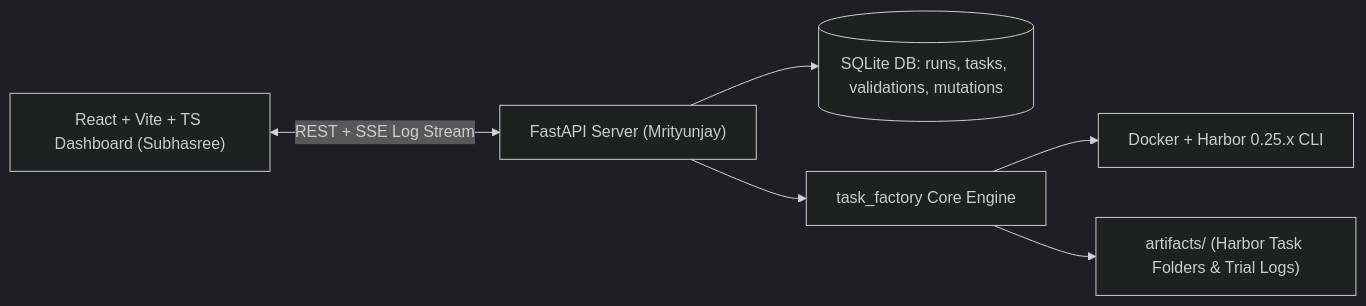
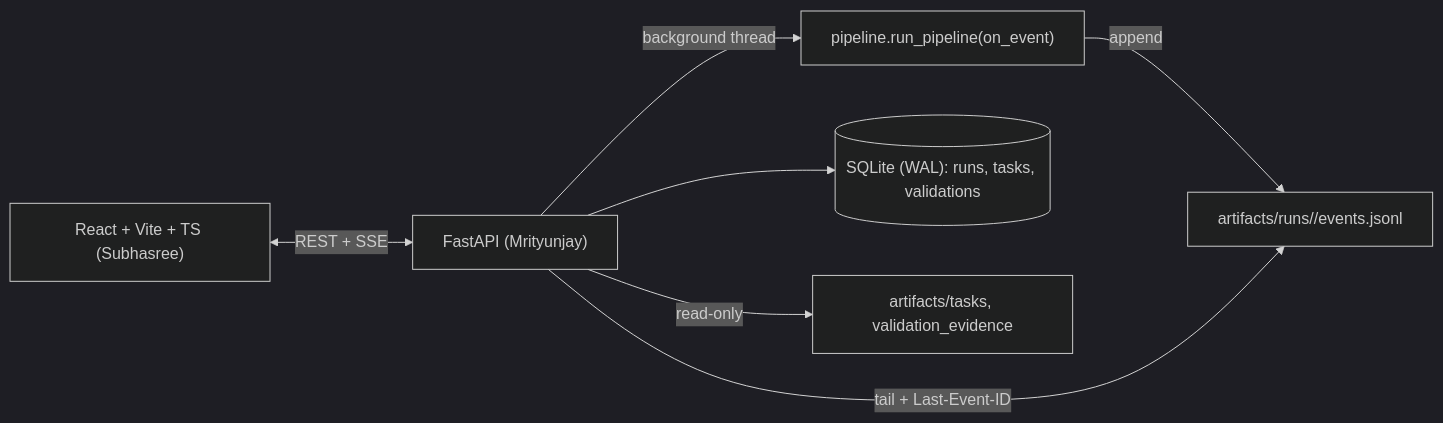
The fourth of 4 diagrams in docs/architecture.md (Abhishekkumar071/innodata-coding-task-factory), drawn with Mermaid (dark theme) before and after one commit. The commit also changed other lines of this file and 1 other file, not shown here.

First line of the commit message:
docs(arch): finalize v2 architecture, ADR-01..12 and Harbor 0.25.x contract

````diff
--- a/docs/architecture.md
+++ b/docs/architecture.md
@@ -87,8 +338,9 @@
 ```mermaid
 flowchart LR
-    UI["React + Vite + TS Dashboard (Subhasree)"] <-->|"REST + SSE Log Stream"| API["FastAPI Server (Mrityunjay)"]
-    API --> DB[("SQLite DB: runs, tasks, validations, mutations")]
-    API --> TF["task_factory Core Engine"]
-    TF --> Docker["Docker + Harbor 0.25.x CLI"]
-    TF --> FS["artifacts/ (Harbor Task Folders & Trial Logs)"]
+    UI["React + Vite + TS (Subhasree)"] <-->|"REST + SSE"| API["FastAPI (Mrityunjay)"]
+    API -->|"background thread"| PIPE["pipeline.run_pipeline(on_event)"]
+    PIPE -->|"append"| EV["artifacts/runs/<run_id>/events.jsonl"]
+    API -->|"tail + Last-Event-ID"| EV
+    API --> DB[("SQLite (WAL): runs, tasks, validations")]
+    API -->|"read-only"| FS["artifacts/tasks, validation_evidence"]
 ```
````
